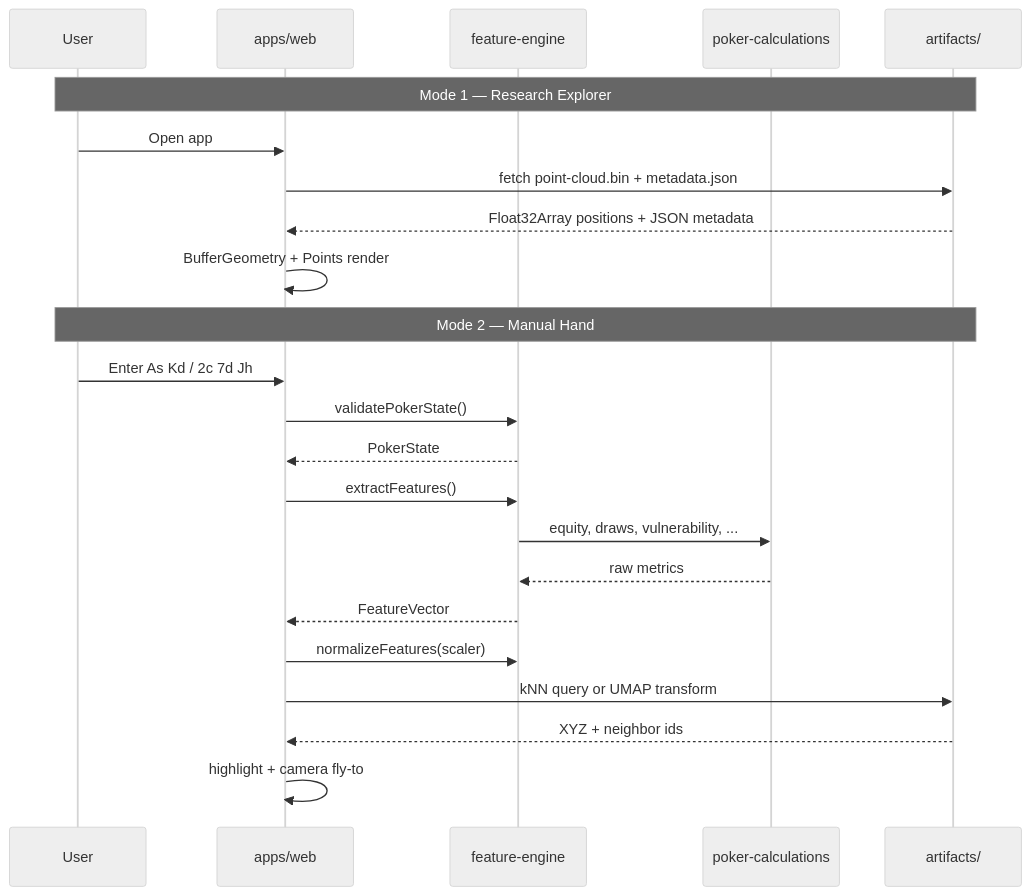
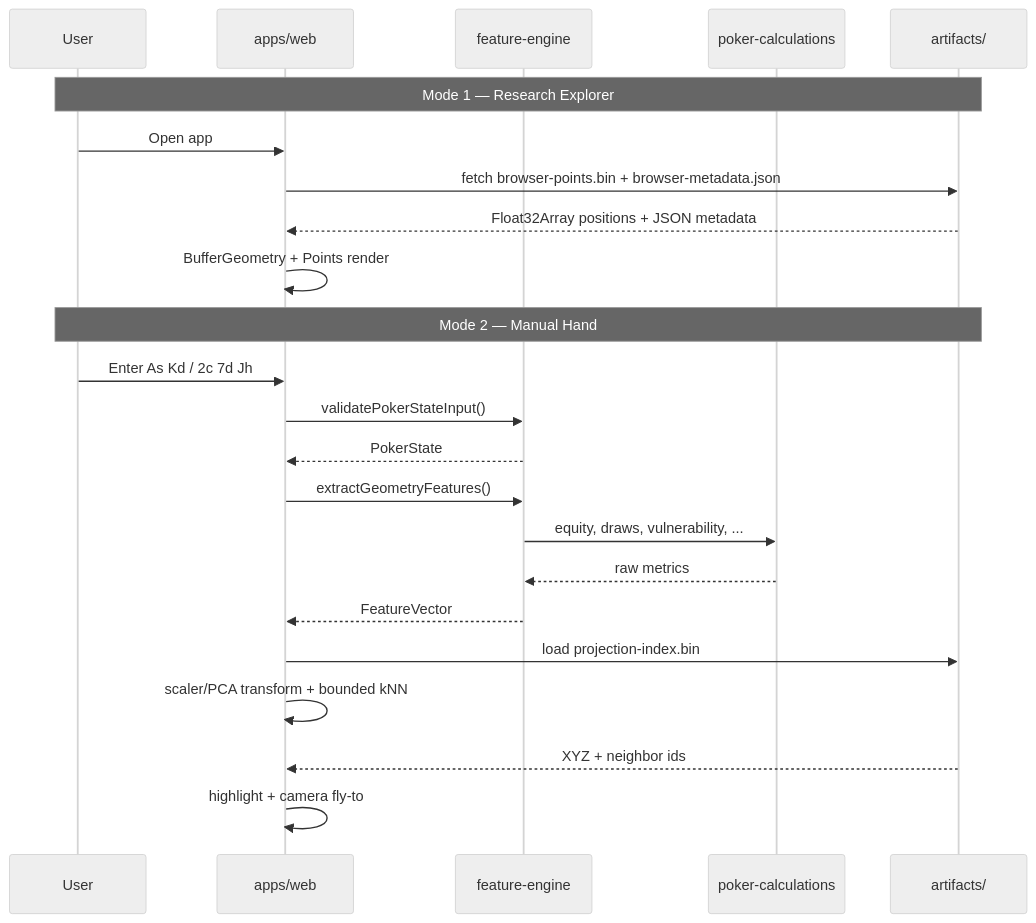
Before and after one commit to DevomB/Geometry-Of-Poker: the second of 2 diagrams in docs/architecture.md, drawn with Mermaid (neutral theme). The commit also changed other lines of this file and 95 other files, not shown here.

````diff
--- a/docs/architecture.md
+++ b/docs/architecture.md
@@ -75,27 +75,27 @@
 ```mermaid
 sequenceDiagram
     participant User
     participant Web as apps/web
     participant FE as feature-engine
     participant PC as poker-calculations
     participant Art as artifacts/
 
     Note over User,Art: Mode 1 — Research Explorer
     User->>Web: Open app
-    Web->>Art: fetch point-cloud.bin + metadata.json
+    Web->>Art: fetch browser-points.bin + browser-metadata.json
     Art-->>Web: Float32Array positions + JSON metadata
     Web->>Web: BufferGeometry + Points render
 
     Note over User,Art: Mode 2 — Manual Hand
     User->>Web: Enter As Kd / 2c 7d Jh
-    Web->>FE: validatePokerState()
+    Web->>FE: validatePokerStateInput()
     FE-->>Web: PokerState
-    Web->>FE: extractFeatures()
+    Web->>FE: extractGeometryFeatures()
     FE->>PC: equity, draws, vulnerability, ...
     PC-->>FE: raw metrics
     FE-->>Web: FeatureVector
-    Web->>FE: normalizeFeatures(scaler)
-    Web->>Art: kNN query or UMAP transform
+    Web->>Art: load projection-index.bin
+    Web->>Web: scaler/PCA transform + bounded kNN
     Art-->>Web: XYZ + neighbor ids
     Web->>Web: highlight + camera fly-to
 ```
````
